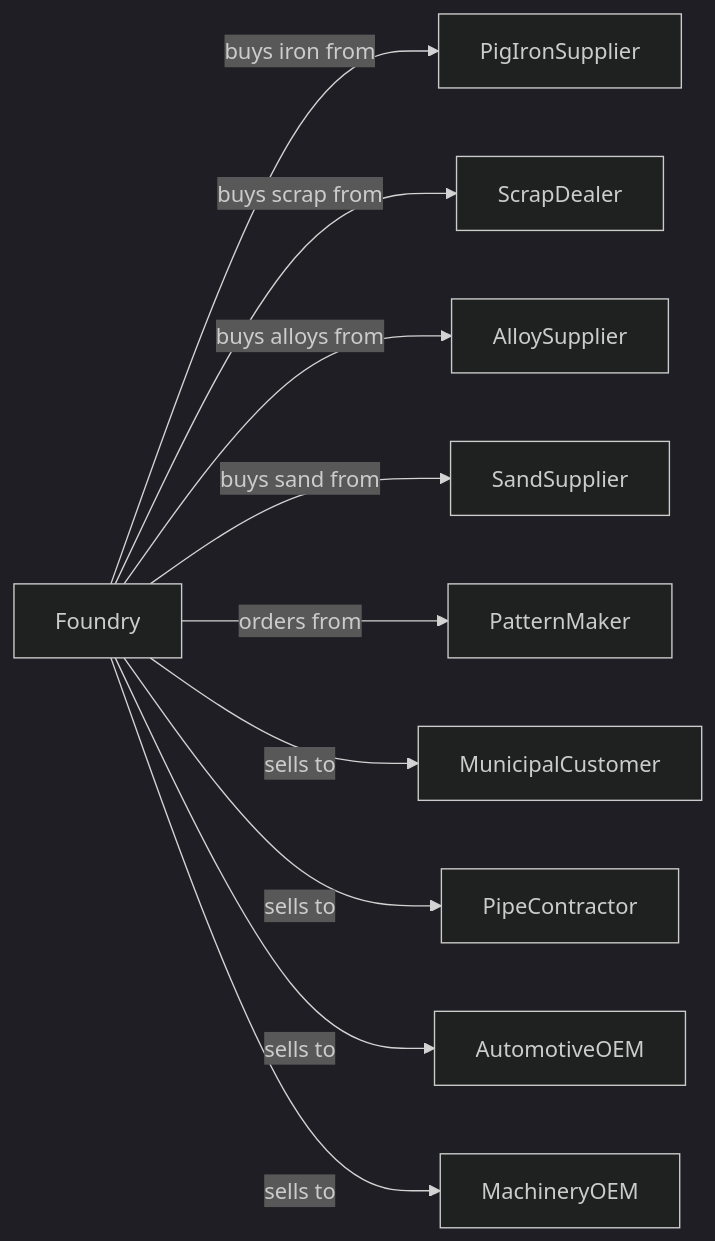
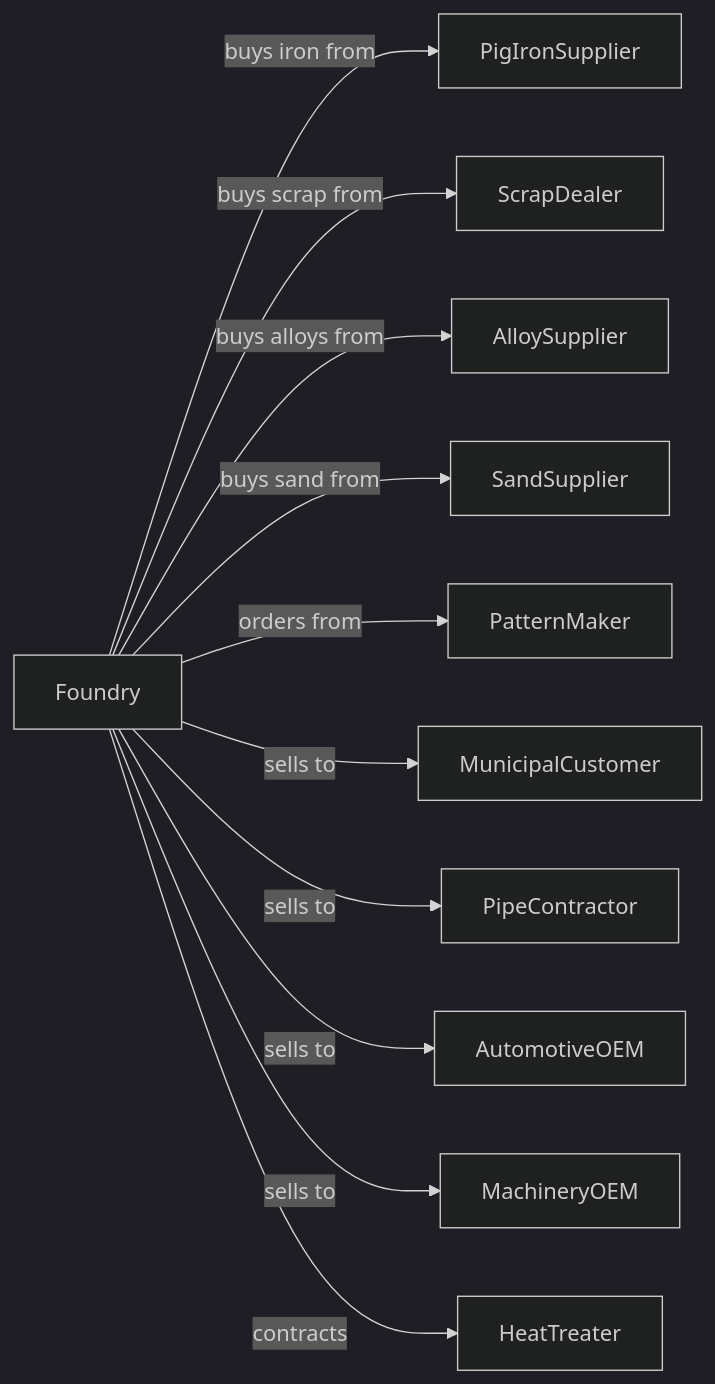
One commit to dot-org-ai/industries.org.ai changed the second of 2 diagrams in Manufacturing/PrimaryMetalManufacturing/Foundries/IronFoundries.mdx. Above: the diagram before and after it, drawn with Mermaid (dark theme). The commit also changed 588 other files, not shown here.

````diff
--- a/Manufacturing/PrimaryMetalManufacturing/Foundries/IronFoundries.mdx
+++ b/Manufacturing/PrimaryMetalManufacturing/Foundries/IronFoundries.mdx
@@ -140,14 +140,15 @@
 ```mermaid
 graph LR
     F[Foundry]
 
     F -->|buys iron from| PigIronSupplier
     F -->|buys scrap from| ScrapDealer
     F -->|buys alloys from| AlloySupplier
     F -->|buys sand from| SandSupplier
     F -->|orders from| PatternMaker
     F -->|sells to| MunicipalCustomer
     F -->|sells to| PipeContractor
     F -->|sells to| AutomotiveOEM
     F -->|sells to| MachineryOEM
+    F -->|contracts| HeatTreater
 ```
````
